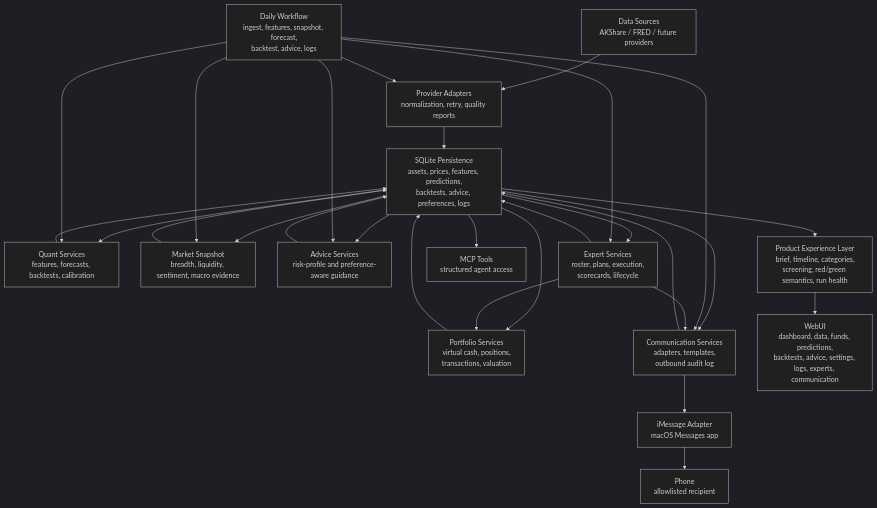
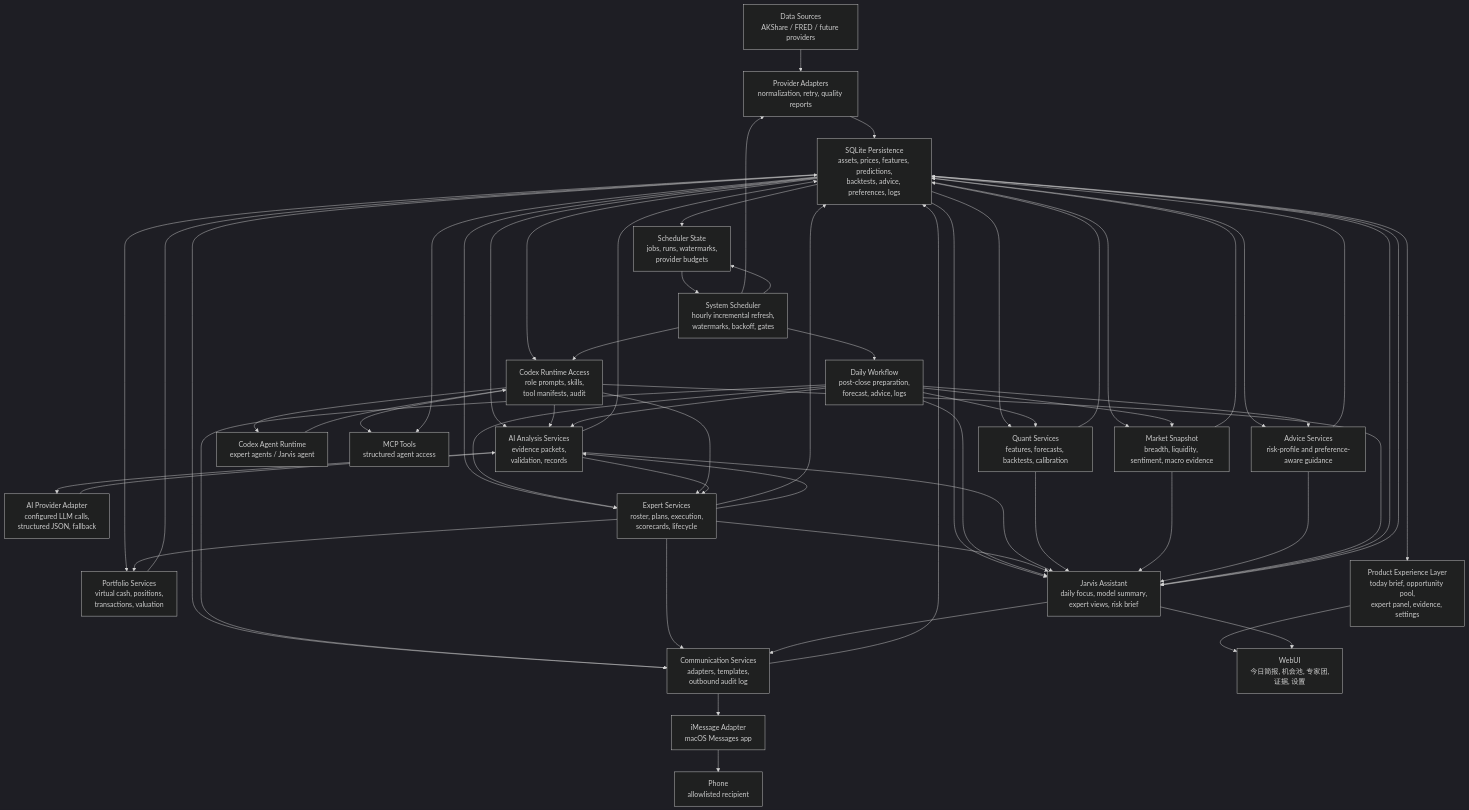
Before and after one commit to lionelStuart/Investment-Forecasting: the diagram in repo/ARCHITECTURE.md, drawn with Mermaid (dark theme). The commit also changed other lines of this file and 186 other files, not shown here.

Commit message:
Implement Jarvis scheduler and notification workflows

````diff
--- a/repo/ARCHITECTURE.md
+++ b/repo/ARCHITECTURE.md
@@ -297,37 +671,68 @@
 ```mermaid
 flowchart TD
   Sources["Data Sources<br/>AKShare / FRED / future providers"]
   Adapters["Provider Adapters<br/>normalization, retry, quality reports"]
   DB["SQLite Persistence<br/>assets, prices, features, predictions,<br/>backtests, advice, preferences, logs"]
   Quant["Quant Services<br/>features, forecasts, backtests, calibration"]
   Market["Market Snapshot<br/>breadth, liquidity, sentiment, macro evidence"]
   Advice["Advice Services<br/>risk-profile and preference-aware guidance"]
   Portfolio["Portfolio Services<br/>virtual cash, positions,<br/>transactions, valuation"]
+  AIProvider["AI Provider Adapter<br/>configured LLM calls,<br/>structured JSON, fallback"]
+  AIAnalysis["AI Analysis Services<br/>evidence packets,<br/>validation, records"]
+  AgentRuntime["Codex Runtime Access<br/>role prompts, skills,<br/>tool manifests, audit"]
+  Codex["Codex Agent Runtime<br/>expert agents / Jarvis agent"]
   Experts["Expert Services<br/>roster, plans, execution,<br/>scorecards, lifecycle"]
   Comm["Communication Services<br/>adapters, templates,<br/>outbound audit log"]
   IMessage["iMessage Adapter<br/>macOS Messages app"]
   Phone["Phone<br/>allowlisted recipient"]
+  Jarvis["Jarvis Assistant<br/>daily focus, model summary,<br/>expert views, risk brief"]
   MCP["MCP Tools<br/>structured agent access"]
-  Daily["Daily Workflow<br/>ingest, features, snapshot, forecast,<br/>backtest, advice, logs"]
-  Product["Product Experience Layer<br/>brief, timeline, categories,<br/>screening, red/green semantics, run health"]
-  WebUI["WebUI<br/>dashboard, data, funds, predictions,<br/>backtests, advice, settings, logs, experts, communication"]
+  Scheduler["System Scheduler<br/>hourly incremental refresh,<br/>watermarks, backoff, gates"]
+  Watermarks["Scheduler State<br/>jobs, runs, watermarks,<br/>provider budgets"]
+  Daily["Daily Workflow<br/>post-close preparation,<br/>forecast, advice, logs"]
+  Product["Product Experience Layer<br/>today brief, opportunity pool,<br/>expert panel, evidence, settings"]
+  WebUI["WebUI<br/>今日简报, 机会池, 专家团,<br/>证据, 设置"]
 
   Sources --> Adapters --> DB
   DB --> Quant --> DB
   DB --> Market --> DB
   DB --> Advice --> DB
   DB --> Portfolio --> DB
+  DB --> AIAnalysis --> DB
+  AIAnalysis --> AIProvider --> AIAnalysis
+  DB --> AgentRuntime
+  AgentRuntime --> Codex --> AgentRuntime
+  AgentRuntime --> MCP
+  AgentRuntime --> AIAnalysis
   DB --> Experts --> DB
   DB --> Comm --> DB
+  DB --> Jarvis --> DB
   DB --> MCP
-  Daily --> Adapters
+  DB --> Watermarks --> Scheduler
+  Scheduler --> Adapters
+  Scheduler --> Daily
+  Scheduler --> AgentRuntime
+  Scheduler --> Watermarks
   Daily --> Quant
   Daily --> Market
   Daily --> Advice
+  Daily --> AIAnalysis
   Daily --> Experts
   Daily --> Comm
+  Daily --> Jarvis
   Experts --> Portfolio
+  Experts --> AIAnalysis
+  AgentRuntime --> Experts
   Experts --> Comm
+  Experts --> Jarvis
+  AIAnalysis --> Experts
+  AIAnalysis --> Jarvis
+  Quant --> Jarvis
+  Market --> Jarvis
+  Advice --> Jarvis
+  Jarvis --> Comm
+  AgentRuntime --> Jarvis
   Comm --> IMessage --> Phone
   DB --> Product --> WebUI
+  DB --> Jarvis --> WebUI
 ```
````
